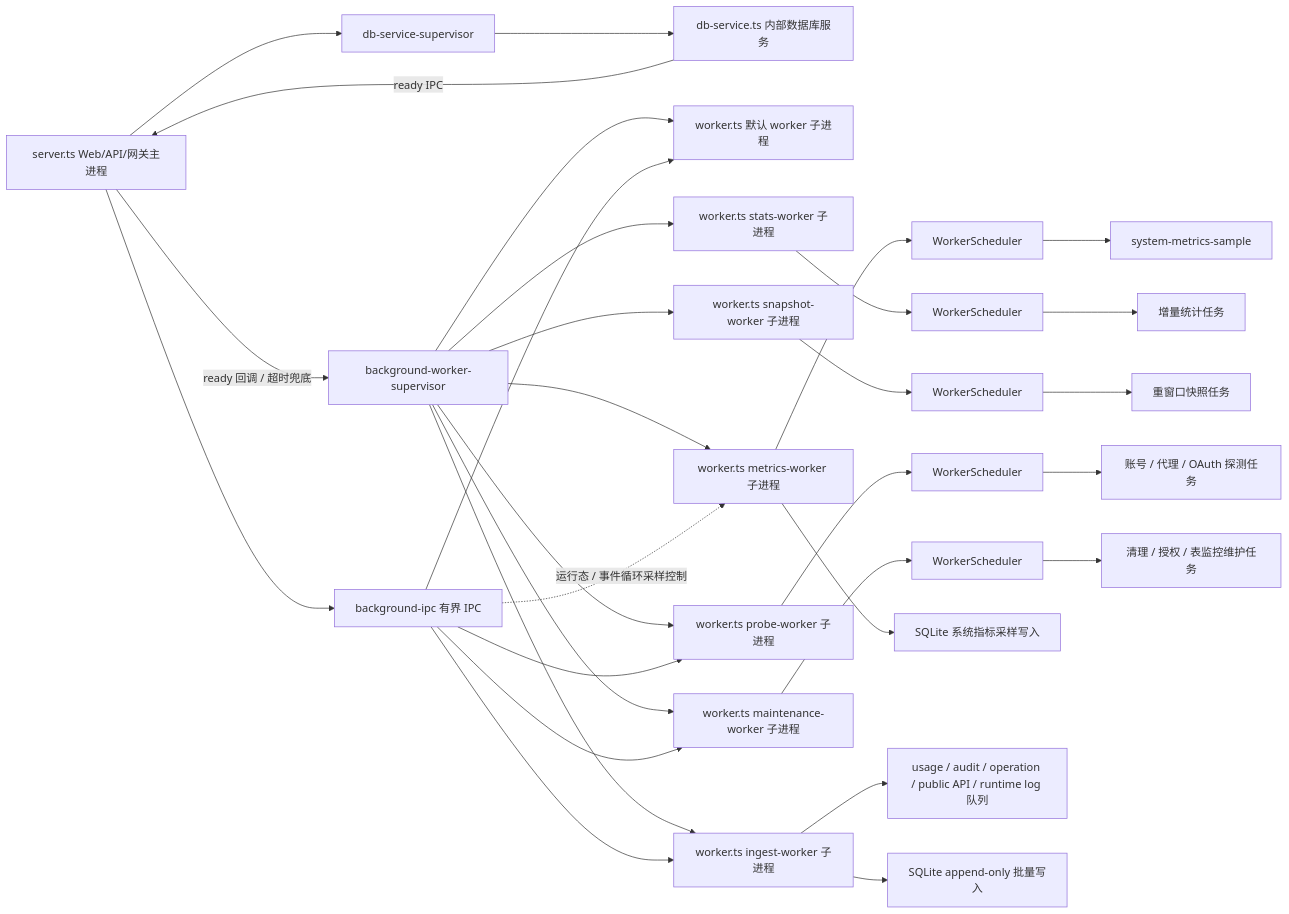
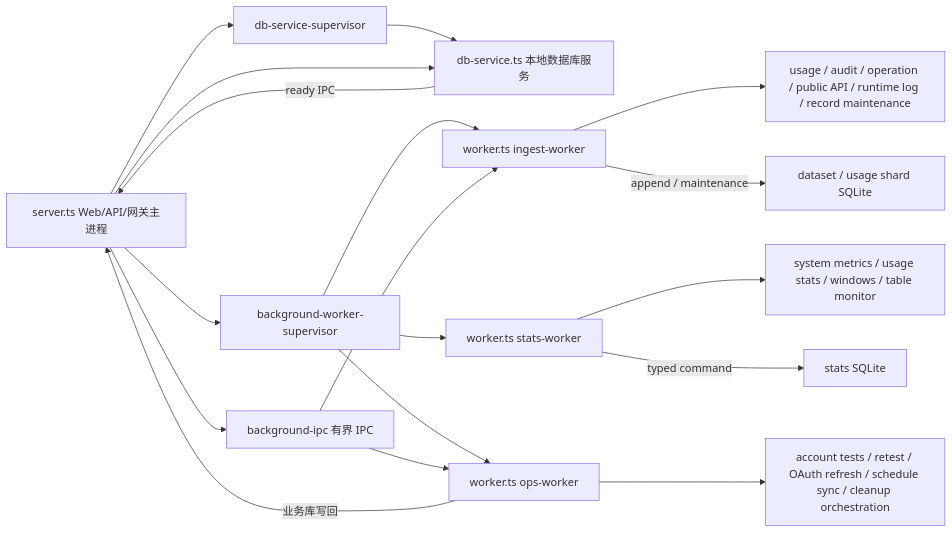
One commit to huanmin123/juhe-ai changed the diagram in docs/architecture/backend/后台任务使用说明.md. Above: the diagram before and after it, drawn with Mermaid. The commit also changed other lines of this file and 136 other files, not shown here.

````diff
--- a/docs/architecture/backend/后台任务使用说明.md
+++ b/docs/architecture/backend/后台任务使用说明.md
@@ -22,33 +18,20 @@
 ```mermaid
 flowchart LR
-  Server["server.ts Web/API/网关主进程"] -- "ready 回调 / 超时兜底" --> Supervisor["background-worker-supervisor"]
-  Server --> DbServiceSupervisor["db-service-supervisor"]
-  DbServiceSupervisor --> DbService["db-service.ts 内部数据库服务"]
+  Server["server.ts Web/API/网关主进程"] --> DbSupervisor["db-service-supervisor"]
+  DbSupervisor --> DbService["db-service.ts 本地数据库服务"]
   DbService -- "ready IPC" --> Server
-  Supervisor --> Worker["worker.ts 默认 worker 子进程"]
-  Supervisor --> MetricsWorker["worker.ts metrics-worker 子进程"]
-  Supervisor --> IngestWorker["worker.ts ingest-worker 子进程"]
-  Supervisor --> StatsWorker["worker.ts stats-worker 子进程"]
-  Supervisor --> SnapshotWorker["worker.ts snapshot-worker 子进程"]
-  Supervisor --> ProbeWorker["worker.ts probe-worker 子进程"]
-  Supervisor --> MaintenanceWorker["worker.ts maintenance-worker 子进程"]
+  Server --> Supervisor["background-worker-supervisor"]
+  Supervisor --> Ingest["worker.ts ingest-worker"]
+  Supervisor --> Stats["worker.ts stats-worker"]
+  Supervisor --> Ops["worker.ts ops-worker"]
   Server --> IPC["background-ipc 有界 IPC"]
-  IPC --> Worker
-  IPC --> IngestWorker
-  IPC --> ProbeWorker
-  IPC --> MaintenanceWorker
-  IPC -. "运行态 / 事件循环采样控制" .-> MetricsWorker
-  StatsWorker --> StatsScheduler["WorkerScheduler"]
-  StatsScheduler --> StatsJobs["增量统计任务"]
-  SnapshotWorker --> SnapshotScheduler["WorkerScheduler"]
-  SnapshotScheduler --> SnapshotJobs["重窗口快照任务"]
-  ProbeWorker --> ProbeScheduler["WorkerScheduler"]
-  ProbeScheduler --> ProbeJobs["账号 / 代理 / OAuth 探测任务"]
-  MaintenanceWorker --> MaintenanceScheduler["WorkerScheduler"]
-  MaintenanceScheduler --> MaintenanceJobs["清理 / 授权 / 表监控维护任务"]
-  MetricsWorker --> MetricsScheduler["WorkerScheduler"]
-  MetricsScheduler --> MetricsJob["system-metrics-sample"]
-  MetricsWorker --> MetricsSQLite["SQLite 系统指标采样写入"]
-  IngestWorker --> IngestQueues["usage / audit / operation / public API / runtime log 队列"]
-  IngestWorker --> DatasetSQLite["SQLite append-only 批量写入"]
+  IPC --> Ingest
+  IPC --> Ops
+  Ingest --> IngestQueues["usage / audit / operation / public API / runtime log / record maintenance"]
+  Stats --> StatsJobs["system metrics / usage stats / windows / table monitor"]
+  Ops --> OpsJobs["account tests / retest / OAuth refresh / schedule sync / cleanup orchestration"]
+  Stats -- "typed command" --> StatsSQLite["stats SQLite"]
+  Ingest -- "append / maintenance" --> DatasetSQLite["dataset / usage shard SQLite"]
+  Ops -- "业务库写回" --> Server
+  Server --> DbService
 ```
````
